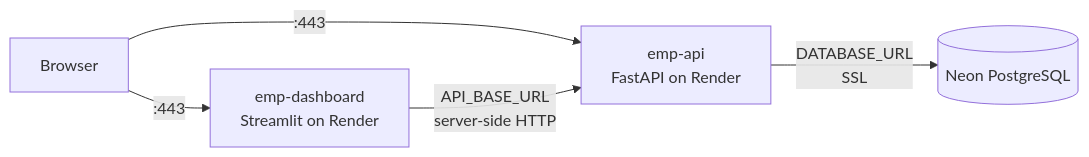
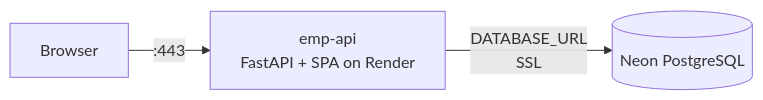
The diagram in docs/deployment.md (goldenyolf/energy-matching-platform), drawn with Mermaid before and after one commit. The commit also changed other lines of this file and 23 other files, not shown here.

First line of the commit message:
chore(retire-streamlit): remove the Streamlit dashboard; SPA is the only frontend

````diff
--- a/docs/deployment.md
+++ b/docs/deployment.md
@@ -13,7 +14,5 @@
 ```mermaid
 flowchart LR
-    U[Browser] -->|:443| D[emp-dashboard<br/>Streamlit on Render]
-    U -->|:443| A[emp-api<br/>FastAPI on Render]
-    D -->|API_BASE_URL<br/>server-side HTTP| A
+    U[Browser] -->|:443| A[emp-api<br/>FastAPI + SPA on Render]
     A -->|DATABASE_URL<br/>SSL| N[(Neon PostgreSQL)]
 ```
````
